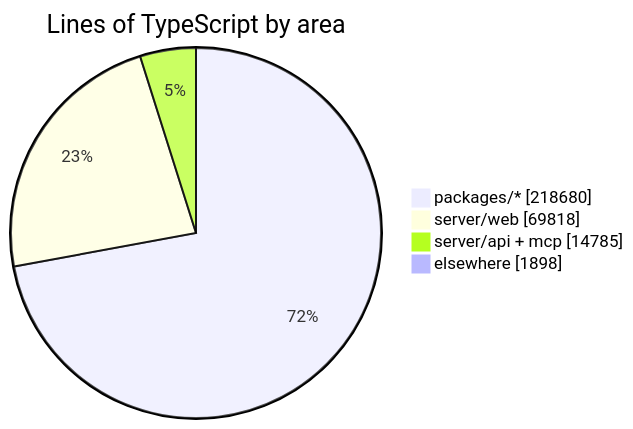
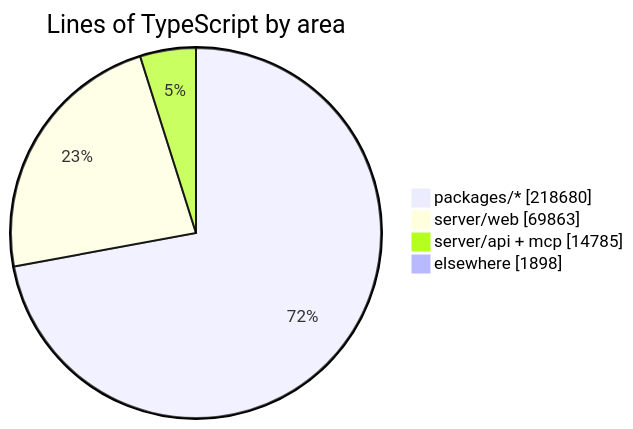
One commit to crossworks-engineering/mantle changed the diagram in README.md. Above: the diagram before and after it, drawn with Mermaid. The commit also changed other lines of this file and 2 other files, not shown here.

````diff
--- a/README.md
+++ b/README.md
@@ -287,7 +287,7 @@
 ```mermaid
 pie showData title Lines of TypeScript by area
     "packages/*" : 218680
-    "server/web" : 69818
+    "server/web" : 69863
     "server/api + mcp" : 14785
     "elsewhere" : 1898
 ```
````
